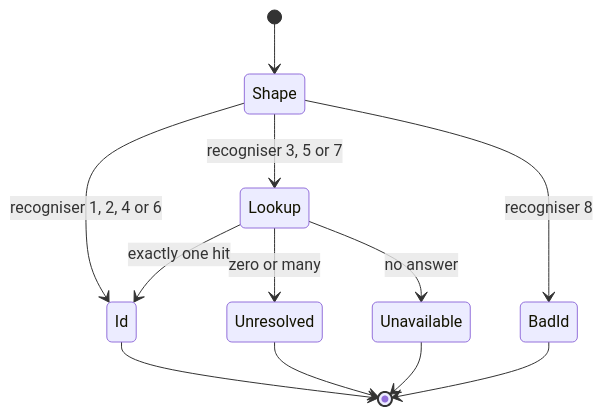
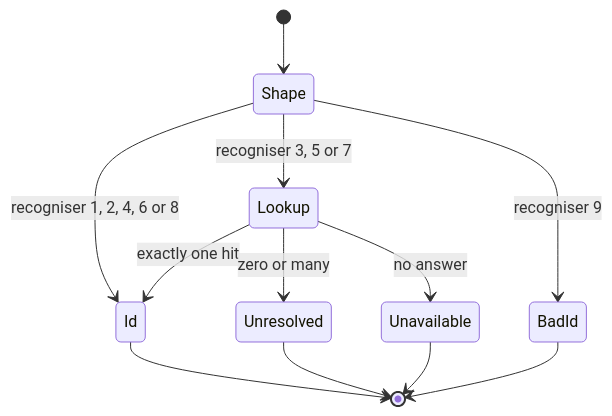
Before and after one commit to wetware-hq/helix: the diagram in skills/resolve-locus.md, drawn with Mermaid. The commit also changed other lines of this file and 8 other files, not shown here.

````diff
--- a/skills/resolve-locus.md
+++ b/skills/resolve-locus.md
@@ -58,14 +59,14 @@
 ```mermaid { type: notebook.cell }
 stateDiagram-v2
     [*] --> Shape
-    Shape --> Id: recogniser 1, 2, 4 or 6
+    Shape --> Id: recogniser 1, 2, 4, 6 or 8
     Shape --> Lookup: recogniser 3, 5 or 7
-    Shape --> BadId: recogniser 8
+    Shape --> BadId: recogniser 9
     Lookup --> Id: exactly one hit
     Lookup --> Unresolved: zero or many
     Lookup --> Unavailable: no answer
     Id --> [*]
     BadId --> [*]
     Unresolved --> [*]
     Unavailable --> [*]
 ```
````
